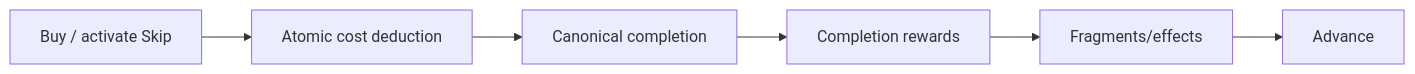
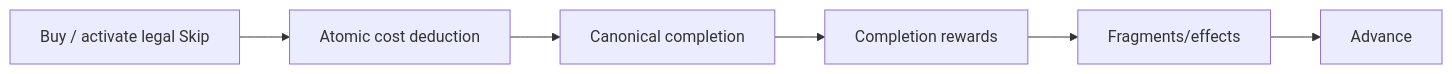
Before and after one commit to TristanAlbers/christmas-quiz: the fifth of 11 diagrams in christmas-2026-game-rules-state-semantics.md, drawn with Mermaid. The commit also changed other lines of this file, not shown here.

Commit message:
Make puzzle 25 an explicit Skip exception

````diff
--- a/christmas-2026-game-rules-state-semantics.md
+++ b/christmas-2026-game-rules-state-semantics.md
@@ -377,8 +381,8 @@
 ```mermaid
 flowchart LR
-    BUY["Buy / activate Skip"] --> COST["Atomic cost deduction"]
+    BUY["Buy / activate legal Skip"] --> COST["Atomic cost deduction"]
     COST --> COMPLETE["Canonical completion"]
     COMPLETE --> REWARD["Completion rewards"]
     REWARD --> FRAGMENT["Fragments/effects"]
     FRAGMENT --> NEXT["Advance"]
 ```
````
